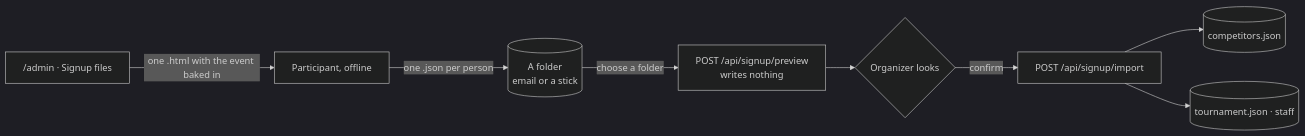
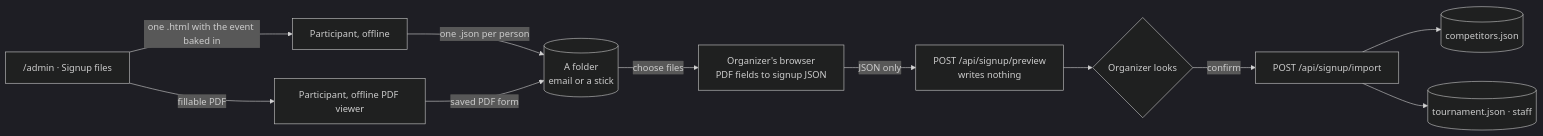
The ninth of 14 diagrams in docs/architecture.md (fylke/porta-di-ferro), drawn with Mermaid (dark theme) before and after one commit. The commit also changed other lines of this file and 22 other files, not shown here.

Commit message:
Add offline PDF signup with browser-local JSON conversion

````diff
--- a/docs/architecture.md
+++ b/docs/architecture.md
@@ -240,10 +240,13 @@
 ```mermaid
 flowchart LR
     A["/admin · Signup files"] -->|"one .html with the event baked in"| P[Participant, offline]
     P -->|"one .json per person"| F[(A folder<br/>email or a stick)]
-    F -->|choose a folder| PR[POST /api/signup/preview<br/>writes nothing]
+    A -->|fillable PDF| PP[Participant, offline PDF viewer]
+    PP -->|saved PDF form| F
+    F -->|choose files| CV[Organizer's browser<br/>PDF fields to signup JSON]
+    CV -->|JSON only| PR[POST /api/signup/preview<br/>writes nothing]
     PR --> D{Organizer looks}
     D -->|confirm| IM[POST /api/signup/import]
     IM --> C[(competitors.json)]
     IM --> T[(tournament.json · staff)]
 ```
````
